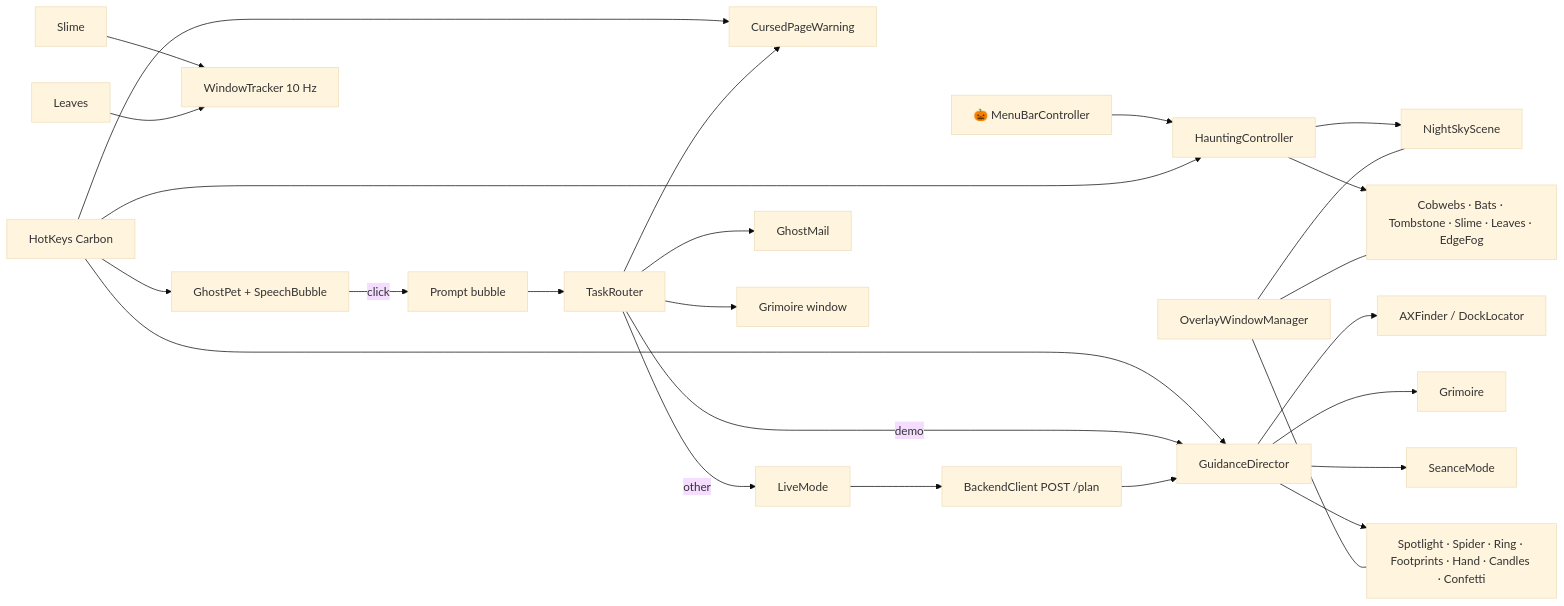
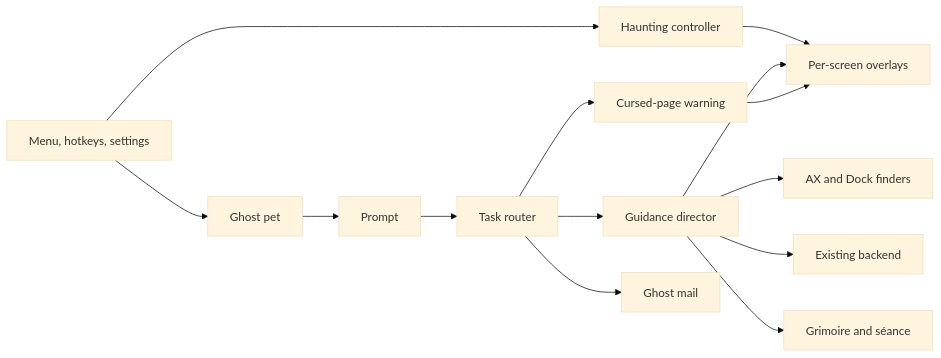
One commit to yash4428/kiroween changed the diagram in .kiro/specs/wailo-app/design.md. Above: the diagram before and after it, drawn with Mermaid (base theme). The commit also changed other lines of this file and 11 other files, not shown here.

````diff
--- a/.kiro/specs/wailo-app/design.md
+++ b/.kiro/specs/wailo-app/design.md
@@ -8,14 +15,15 @@
 ```mermaid
 flowchart LR
-  Menu[🎃 MenuBarController] --> HC[HauntingController]
-  Keys[HotKeys Carbon] --> HC & GD & CW & GP
-  GP[GhostPet + SpeechBubble] -- click --> Prompt[Prompt bubble] --> TR[TaskRouter]
-  TR -->|demo| GD[GuidanceDirector]
-  TR -->|other| LM[LiveMode] --> BC[BackendClient POST /plan] --> GD
-  TR --> CW[CursedPageWarning] & Mail[GhostMail] & GW[Grimoire window]
-  GD --> AX[AXFinder / DockLocator] & GR[Grimoire] & SM[SeanceMode]
-  GD --> Vis[Spotlight · Spider · Ring · Footprints · Hand · Candles · Confetti]
-  HC --> Sky[NightSkyScene] & Decor[Cobwebs · Bats · Tombstone · Slime · Leaves · EdgeFog]
-  Slime & Leaves --> WT[WindowTracker 10 Hz]
-  OWM[OverlayWindowManager] --- Sky & Decor & Vis
+  Shell[Menu, hotkeys, settings] --> Haunt[Haunting controller]
+  Shell --> Pet[Ghost pet]
+  Pet --> Prompt[Prompt] --> Router[Task router]
+  Router --> Guide[Guidance director]
+  Router --> Warning[Cursed-page warning]
+  Router --> Mail[Ghost mail]
+  Guide --> Finder[AX and Dock finders]
+  Guide --> Backend[Existing backend]
+  Guide --> Grimoire[Grimoire and séance]
+  Haunt --> Overlay[Per-screen overlays]
+  Guide --> Overlay
+  Warning --> Overlay
 ```
````
